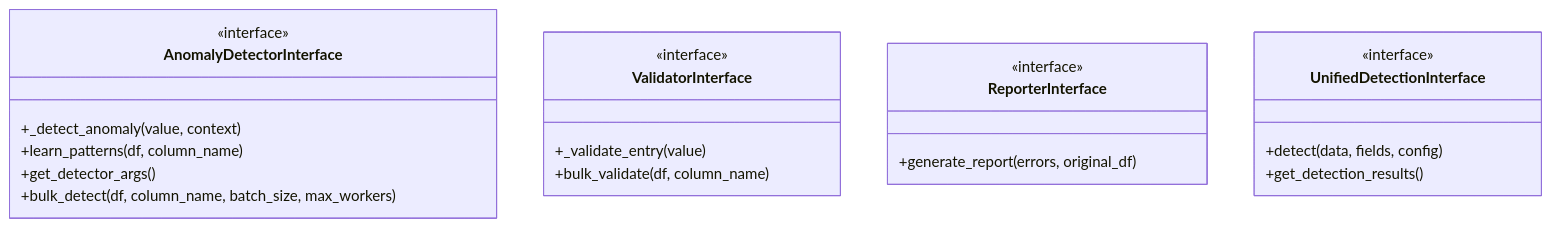
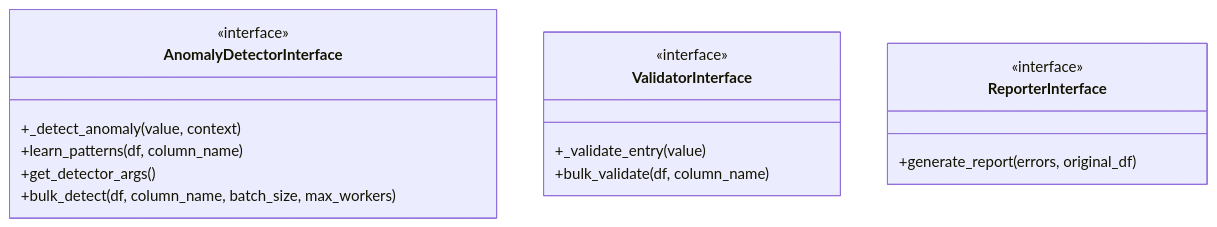
One commit to xafron-bv/data-quality-monitoring changed the diagram in docs/api/interfaces.md. Above: the diagram before and after it, drawn with Mermaid. The commit also changed 9 other files, not shown here.

````diff
--- a/docs/api/interfaces.md
+++ b/docs/api/interfaces.md
@@ -9,27 +9,21 @@
 ```mermaid
 classDiagram
     class AnomalyDetectorInterface {
         <<interface>>
         +_detect_anomaly(value, context)
         +learn_patterns(df, column_name)
         +get_detector_args()
         +bulk_detect(df, column_name, batch_size, max_workers)
     }
     
     class ValidatorInterface {
         <<interface>>
         +_validate_entry(value)
         +bulk_validate(df, column_name)
     }
     
     class ReporterInterface {
         <<interface>>
         +generate_report(errors, original_df)
     }
-    
-    class UnifiedDetectionInterface {
-        <<interface>>
-        +detect(data, fields, config)
-        +get_detection_results()
-    }
 ```
````
